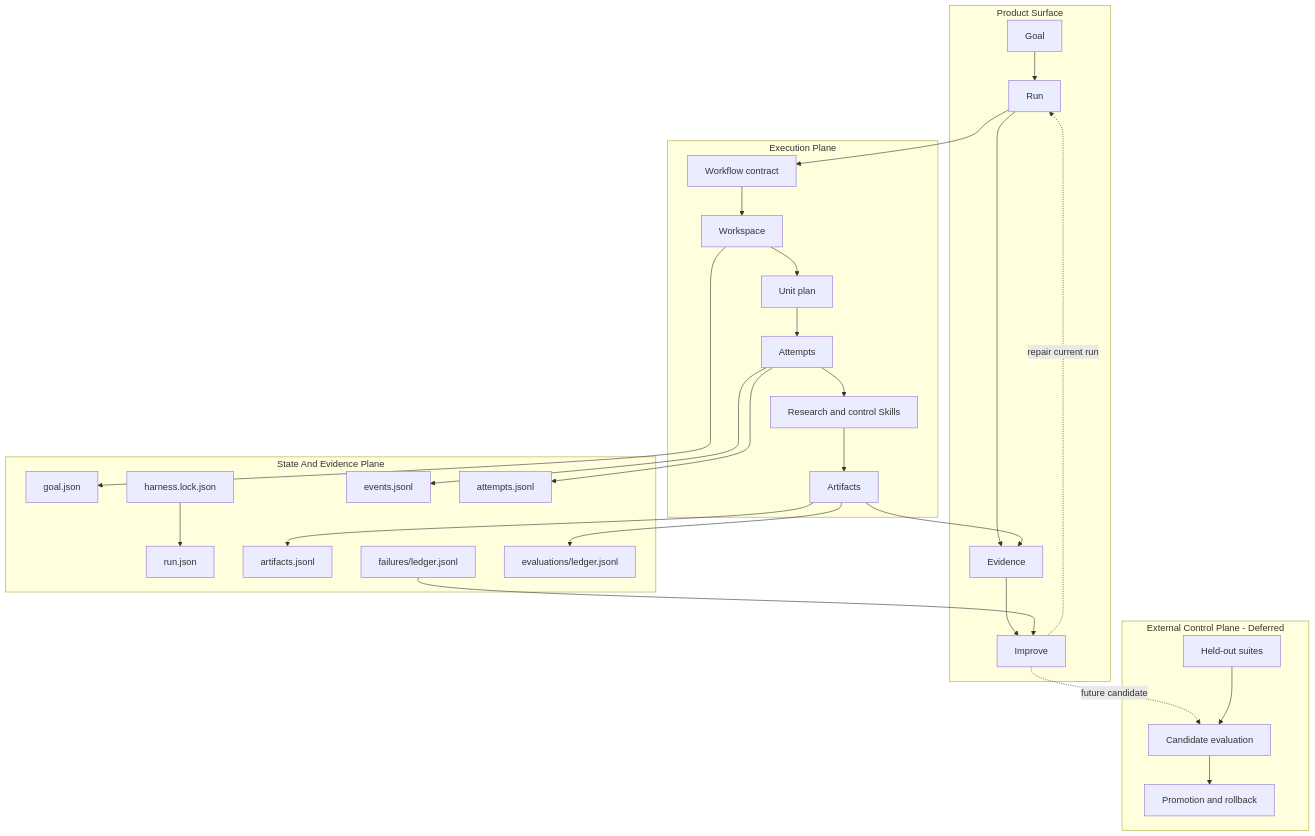
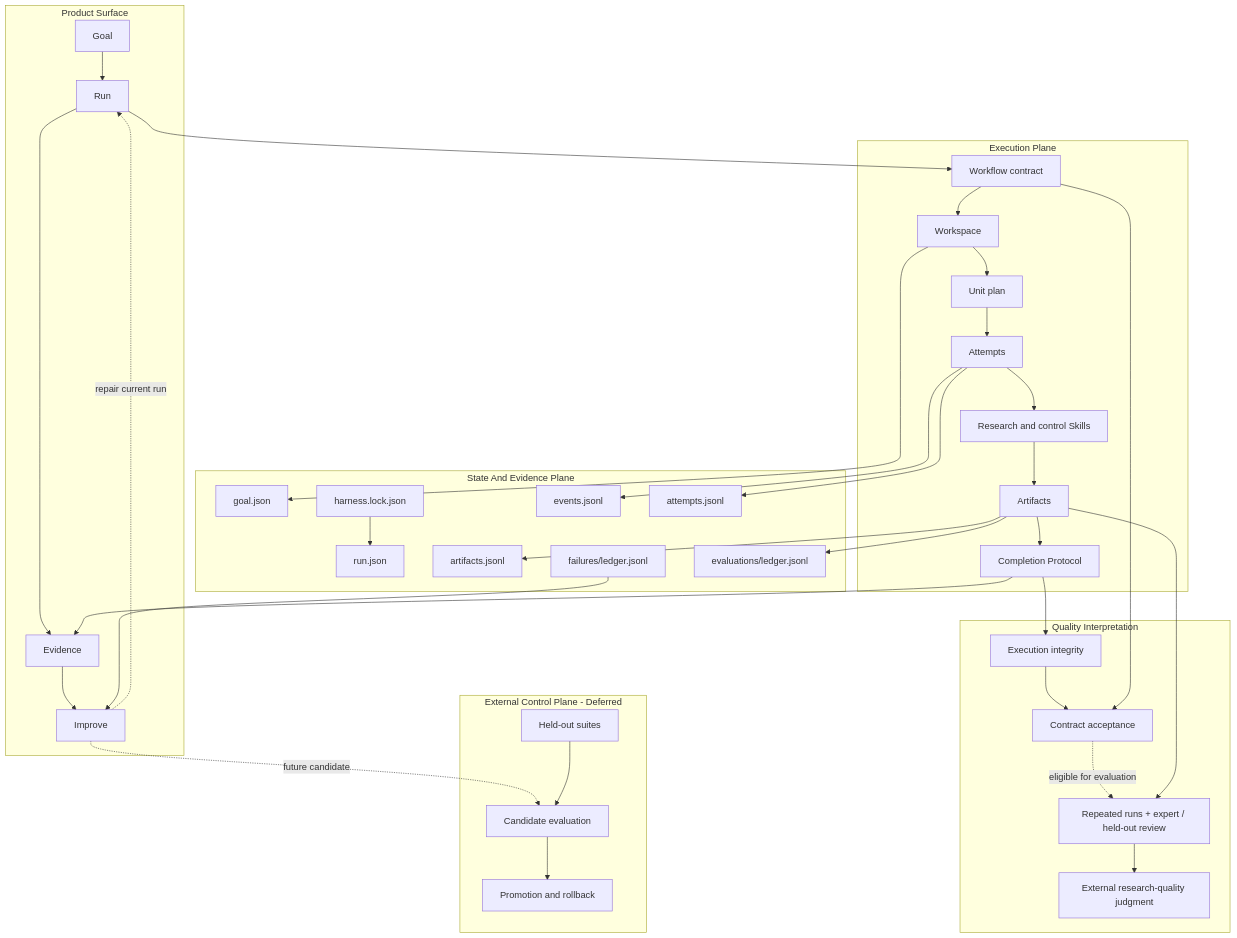
The diagram in docs/AUTO_RESEARCH_DESIGN_SYSTEM.md (WILLOSCAR/research-units-pipeline-skills), drawn with Mermaid before and after one commit. The commit also changed other lines of this file and 126 other files, not shown here.

````diff
--- a/docs/AUTO_RESEARCH_DESIGN_SYSTEM.md
+++ b/docs/AUTO_RESEARCH_DESIGN_SYSTEM.md
@@ -67,44 +67,57 @@
 ```mermaid
 flowchart TB
     subgraph Product["Product Surface"]
         G["Goal"] --> R["Run"] --> E["Evidence"] --> I["Improve"]
         I -. "repair current run" .-> R
     end
 
     subgraph Execution["Execution Plane"]
         WF["Workflow contract"] --> WS["Workspace"]
         WS --> U["Unit plan"]
         U --> AT["Attempts"]
         AT --> SK["Research and control Skills"]
         SK --> AR["Artifacts"]
+        AR --> CP["Completion Protocol"]
     end
 
     subgraph State["State And Evidence Plane"]
         GS["goal.json"]
         RS["run.json"]
         HL["harness.lock.json"]
         EV["events.jsonl"]
         AP["attempts.jsonl"]
         AF["artifacts.jsonl"]
         FL["failures/ledger.jsonl"]
         EL["evaluations/ledger.jsonl"]
     end
 
+    subgraph Quality["Quality Interpretation"]
+        Q1["Execution integrity"]
+        Q2["Contract acceptance"]
+        XR["Repeated runs + expert / held-out review"]
+        Q3["External research-quality judgment"]
+        Q1 --> Q2
+        Q2 -. "eligible for evaluation" .-> XR --> Q3
+    end
+
     subgraph Control["External Control Plane - Deferred"]
         CE["Candidate evaluation"]
         HE["Held-out suites"]
         PR["Promotion and rollback"]
     end
 
     R --> WF
-    AR --> E
+    CP --> E
     WS --> GS
     AT --> EV
     AT --> AP
     AR --> AF
     AR --> EL
     HL --> RS
+    CP --> Q1
+    WF --> Q2
+    AR --> XR
     FL --> I
     I -. "future candidate" .-> CE
     HE --> CE --> PR
 ```
````
